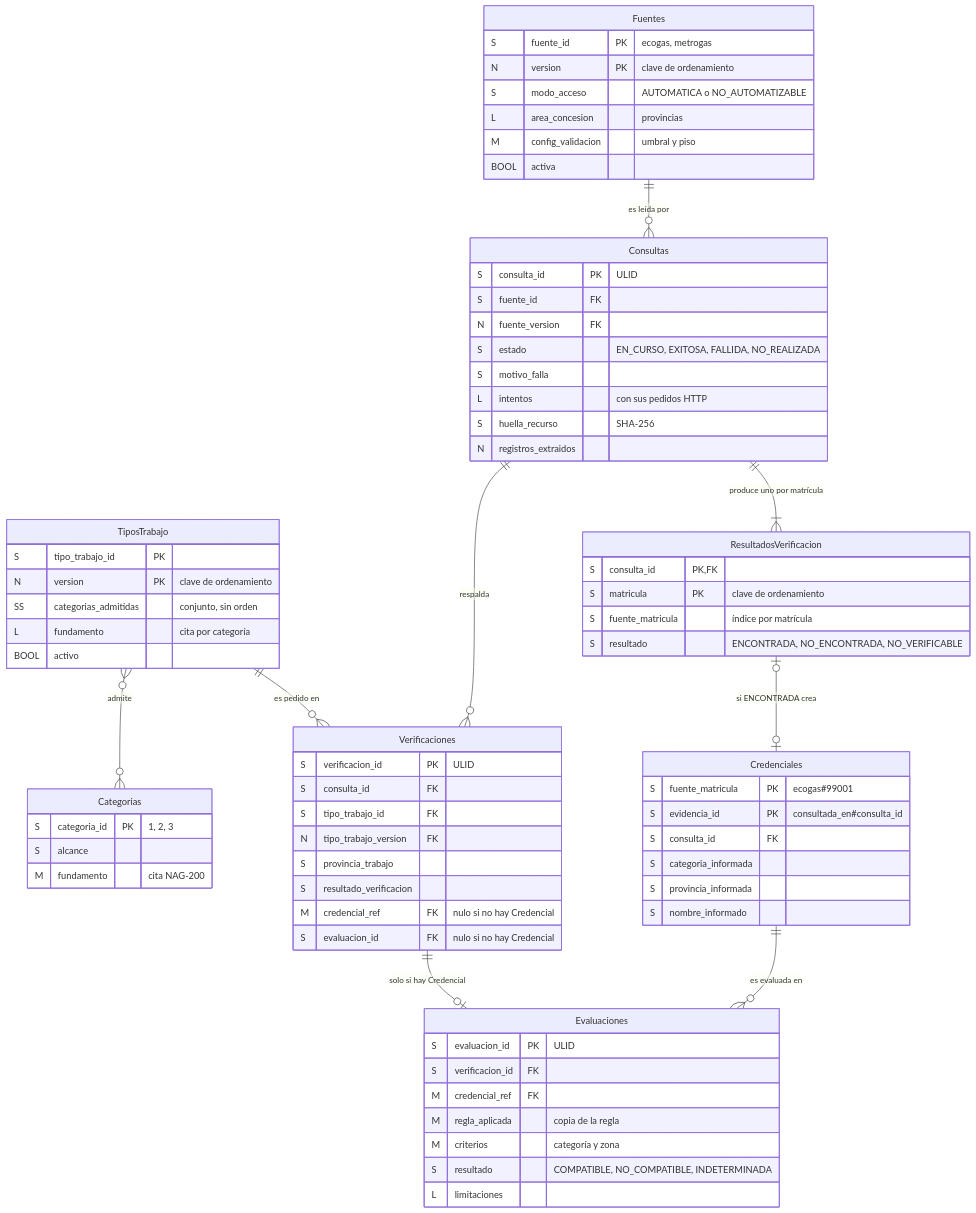
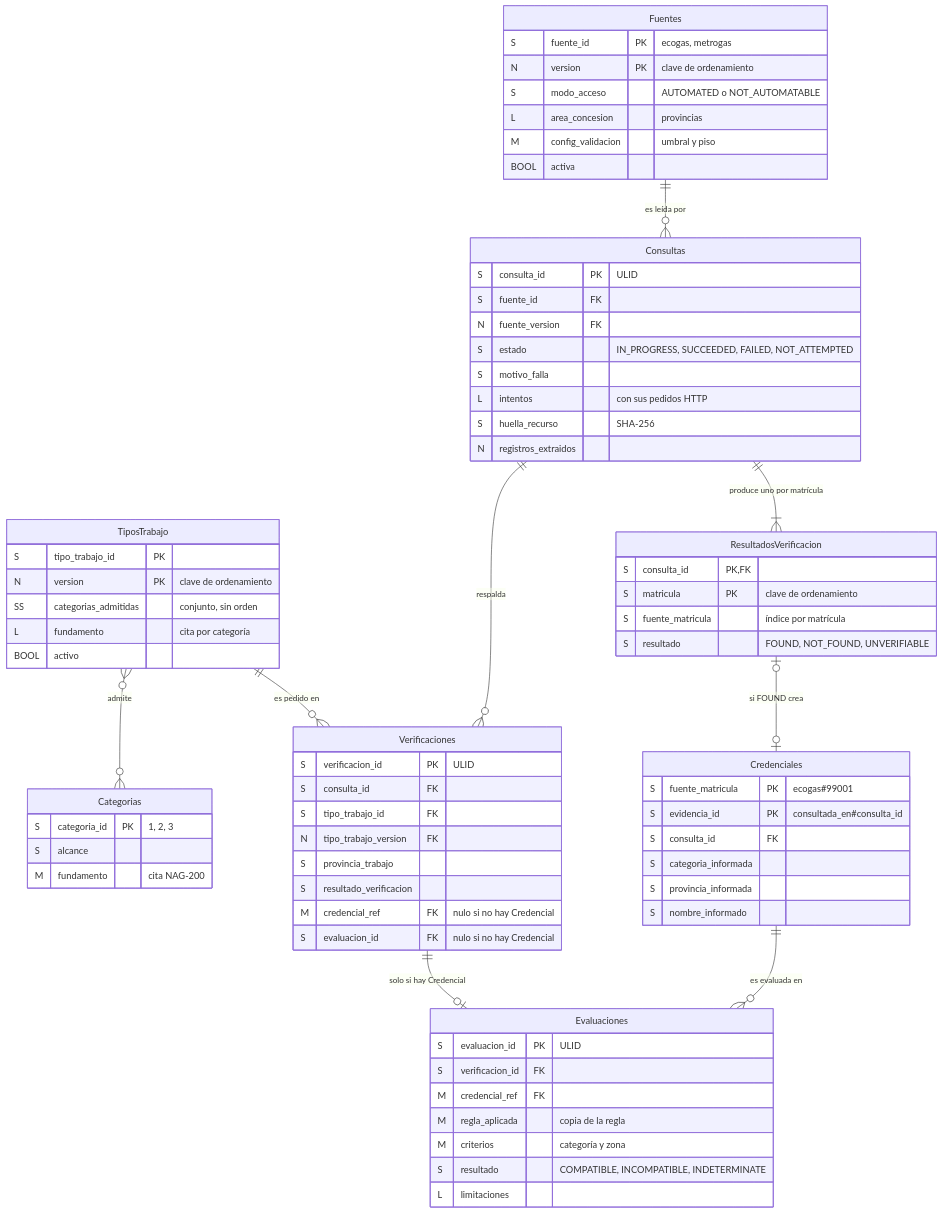
Before and after one commit to IvanDaniliuk01/MatriculAR: the first of 2 diagrams in database/README.md, drawn with Mermaid. The commit also changed other lines of this file and 23 other files, not shown here.

````diff
--- a/database/README.md
+++ b/database/README.md
@@ -71,75 +71,75 @@
 ```mermaid
 erDiagram
     Fuentes {
         S fuente_id PK "ecogas, metrogas"
         N version PK "clave de ordenamiento"
-        S modo_acceso "AUTOMATICA o NO_AUTOMATIZABLE"
+        S modo_acceso "AUTOMATED o NOT_AUTOMATABLE"
         L area_concesion "provincias"
         M config_validacion "umbral y piso"
         BOOL activa
     }
     Categorias {
         S categoria_id PK "1, 2, 3"
         S alcance
         M fundamento "cita NAG-200"
     }
     TiposTrabajo {
         S tipo_trabajo_id PK
         N version PK "clave de ordenamiento"
         SS categorias_admitidas "conjunto, sin orden"
         L fundamento "cita por categoría"
         BOOL activo
     }
     Consultas {
         S consulta_id PK "ULID"
         S fuente_id FK
         N fuente_version FK
-        S estado "EN_CURSO, EXITOSA, FALLIDA, NO_REALIZADA"
+        S estado "IN_PROGRESS, SUCCEEDED, FAILED, NOT_ATTEMPTED"
         S motivo_falla
         L intentos "con sus pedidos HTTP"
         S huella_recurso "SHA-256"
         N registros_extraidos
     }
     ResultadosVerificacion {
         S consulta_id PK, FK
         S matricula PK "clave de ordenamiento"
         S fuente_matricula "índice por matrícula"
-        S resultado "ENCONTRADA, NO_ENCONTRADA, NO_VERIFICABLE"
+        S resultado "FOUND, NOT_FOUND, UNVERIFIABLE"
     }
     Credenciales {
         S fuente_matricula PK "ecogas#99001"
         S evidencia_id PK "consultada_en#consulta_id"
         S consulta_id FK
         S categoria_informada
         S provincia_informada
         S nombre_informado
     }
     Verificaciones {
         S verificacion_id PK "ULID"
         S consulta_id FK
         S tipo_trabajo_id FK
         N tipo_trabajo_version FK
         S provincia_trabajo
         S resultado_verificacion
         M credencial_ref FK "nulo si no hay Credencial"
         S evaluacion_id FK "nulo si no hay Credencial"
     }
     Evaluaciones {
         S evaluacion_id PK "ULID"
         S verificacion_id FK
         M credencial_ref FK
         M regla_aplicada "copia de la regla"
         M criterios "categoría y zona"
-        S resultado "COMPATIBLE, NO_COMPATIBLE, INDETERMINADA"
+        S resultado "COMPATIBLE, INCOMPATIBLE, INDETERMINATE"
         L limitaciones
     }
 
     Fuentes ||--o{ Consultas : "es leída por"
     Consultas ||--|{ ResultadosVerificacion : "produce uno por matrícula"
-    ResultadosVerificacion |o--o| Credenciales : "si ENCONTRADA crea"
+    ResultadosVerificacion |o--o| Credenciales : "si FOUND crea"
     Consultas ||--o{ Verificaciones : "respalda"
     TiposTrabajo ||--o{ Verificaciones : "es pedido en"
     Verificaciones ||--o| Evaluaciones : "solo si hay Credencial"
     Credenciales ||--o{ Evaluaciones : "es evaluada en"
     TiposTrabajo }o--o{ Categorias : "admite"
 ```
````
